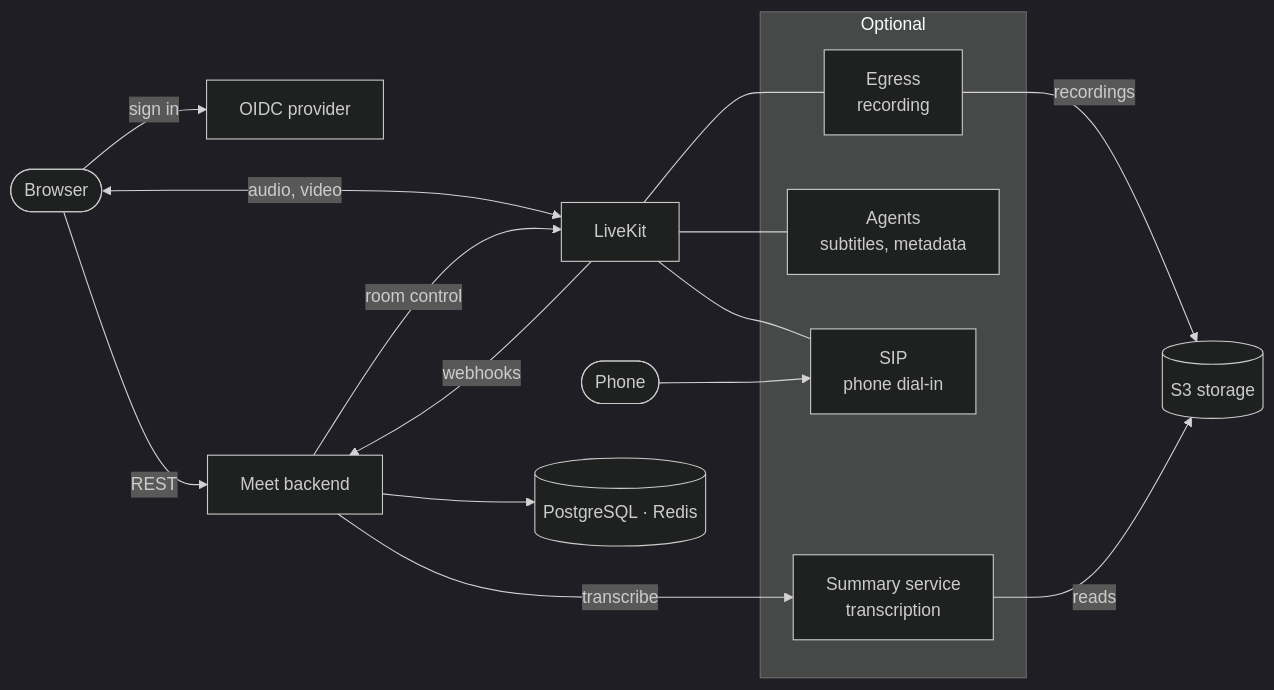
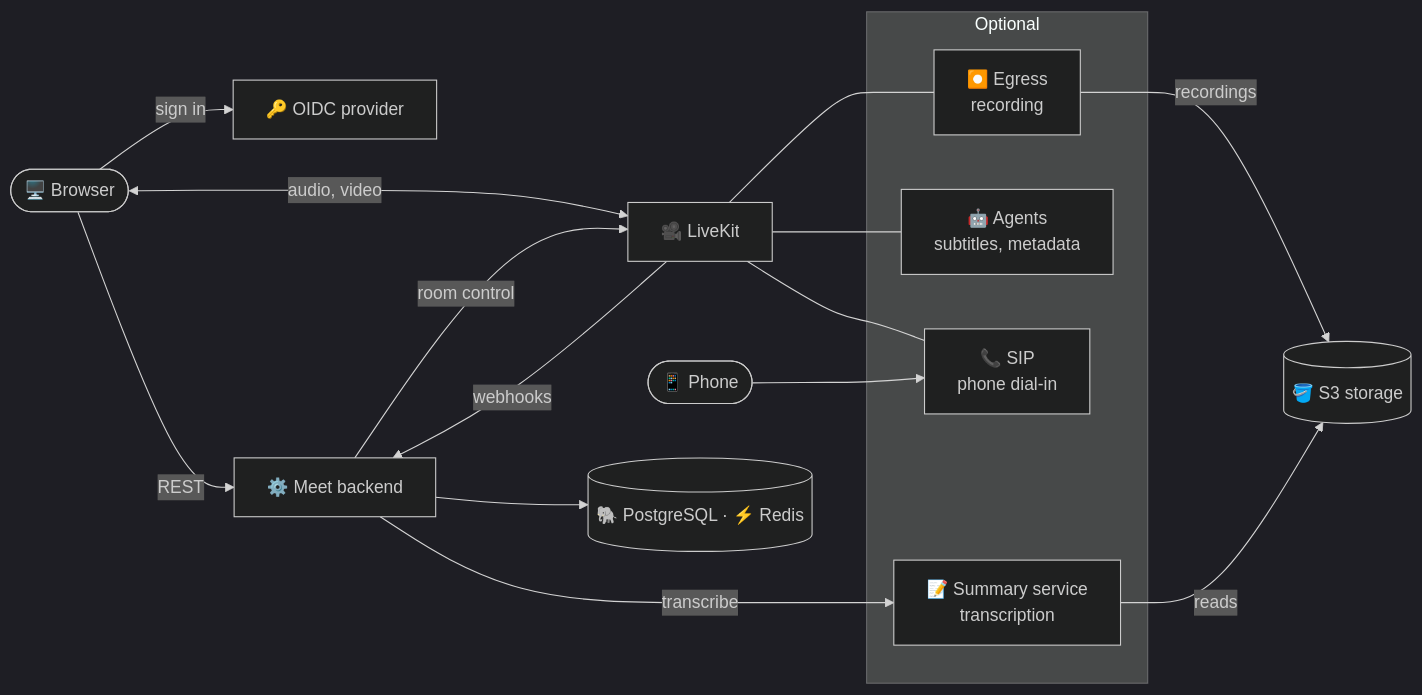
The first of 3 diagrams in docs/overview/how-meet-works.md (suitenumerique/meet), drawn with Mermaid (dark theme) before and after one commit. The commit also changed other lines of this file and 43 other files, not shown here.

````diff
--- a/docs/overview/how-meet-works.md
+++ b/docs/overview/how-meet-works.md
@@ -11,29 +11,29 @@
 ```mermaid
 graph LR
-    Browser(["Browser"])
-    Phone(["Phone"])
-    OIDC["OIDC provider"]
-    Backend["Meet backend"]
-    LiveKit["LiveKit"]
-    Stores[("PostgreSQL · Redis")]
-    S3[("S3 storage")]
+    Browser(["🖥️ Browser"])
+    Phone(["📱 Phone"])
+    OIDC["🔑 OIDC provider"]
+    Backend["⚙️ Meet backend"]
+    LiveKit["🎥 LiveKit"]
+    Stores[("🐘 PostgreSQL · ⚡ Redis")]
+    S3[("🪣 S3 storage")]
 
     subgraph optional["Optional"]
-        Egress["Egress\nrecording"]
-        Agents["Agents\nsubtitles, metadata"]
-        SIP["SIP\nphone dial-in"]
-        Summary["Summary service\ntranscription"]
+        Egress["⏺️ Egress\nrecording"]
+        Agents["🤖 Agents\nsubtitles, metadata"]
+        SIP["📞 SIP\nphone dial-in"]
+        Summary["📝 Summary service\ntranscription"]
     end
 
     Browser -->|sign in| OIDC
     Browser -->|REST| Backend
     Browser <-->|audio, video| LiveKit
     Backend --> Stores
     Backend -->|room control| LiveKit
     LiveKit -->|webhooks| Backend
     LiveKit --- Egress & Agents & SIP
     Phone --> SIP
     Egress -->|recordings| S3
     Backend -->|transcribe| Summary
     Summary -->|reads| S3
 ```
````
